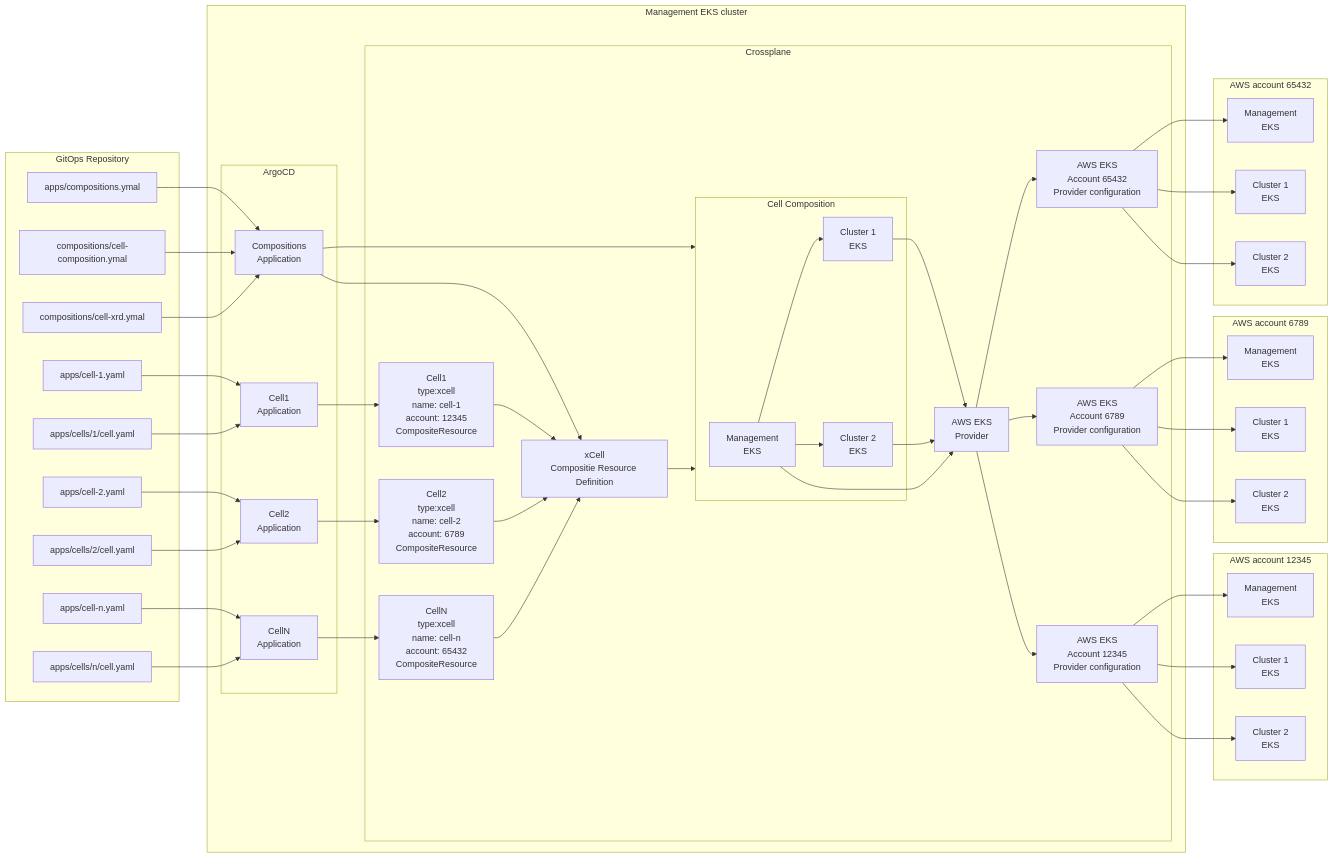
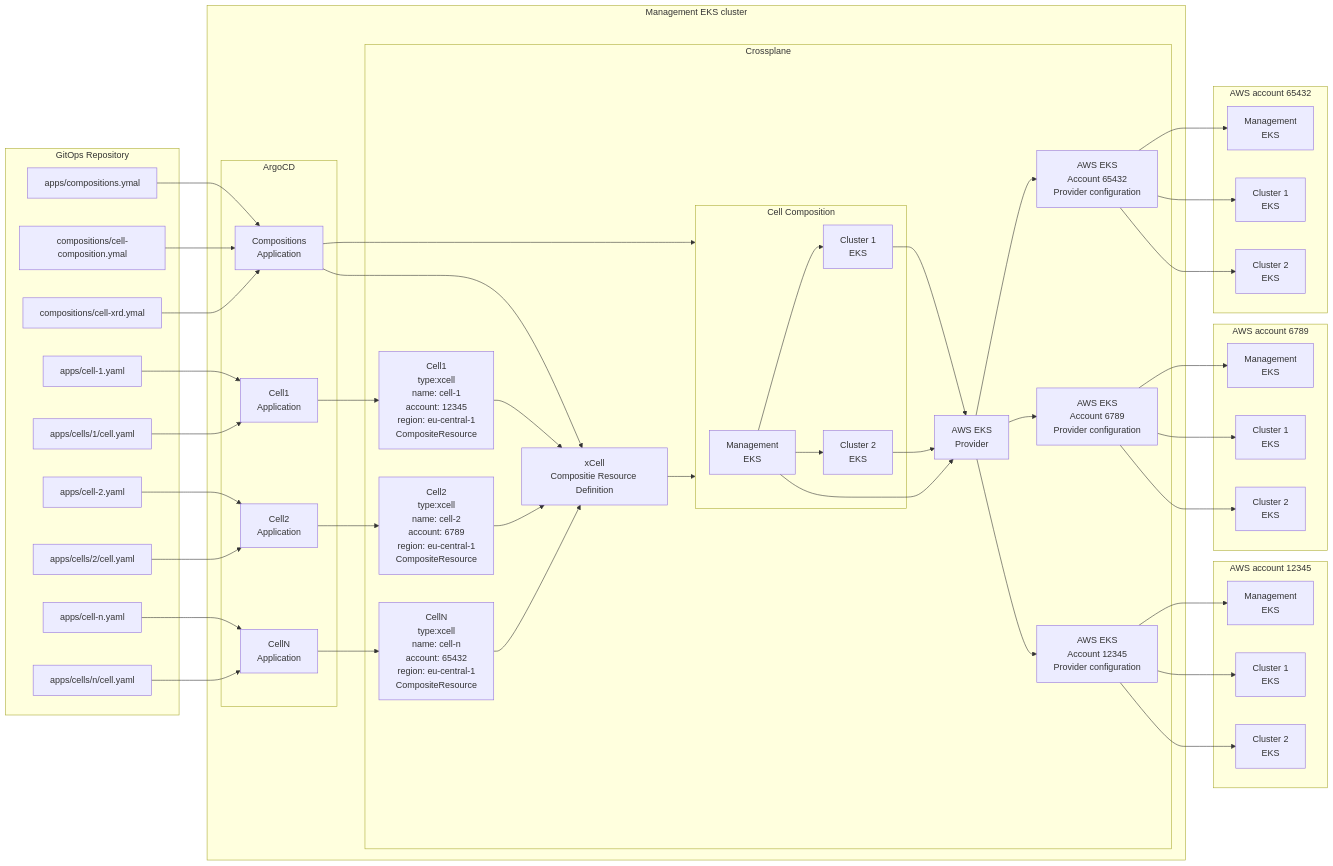
The second of 2 diagrams in README.md (kszpakowski/crossplane-demo), drawn with Mermaid before and after one commit.

```diff
--- a/README.md
+++ b/README.md
@@ -112,9 +112,9 @@
     end
 
     subgraph Crossplane
-        xr1[Cell1<br>type:xcell<br>name: cell-1<br>account: 12345<br>CompositeResource]
-        xr2[Cell2<br>type:xcell<br>name: cell-2<br>account: 6789<br>CompositeResource]
-        xrn[CellN<br>type:xcell<br>name: cell-n<br>account: 65432<br>CompositeResource]
+        xr1[Cell1<br>type:xcell<br>name: cell-1<br>account: 12345<br>region: eu-central-1<br>CompositeResource]
+        xr2[Cell2<br>type:xcell<br>name: cell-2<br>account: 6789<br>region: eu-central-1<br>CompositeResource]
+        xrn[CellN<br>type:xcell<br>name: cell-n<br>account: 65432<br>region: eu-central-1<br>CompositeResource]
 
         cxrd[xCell<br>Compositie Resource Definition]
         subgraph cc[Cell Composition]
```
